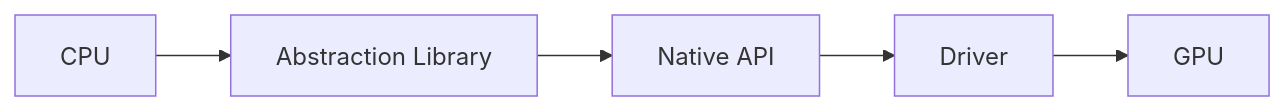
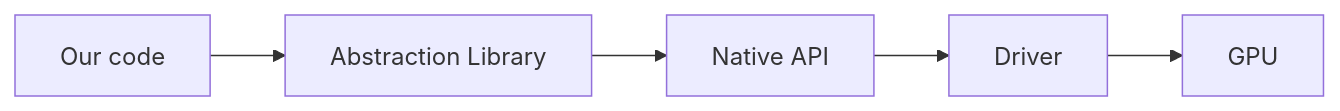
Before and after one commit to Bromles/wgpu-tutorial: the second of 4 diagrams in docs/index.md, drawn with Mermaid. The commit also changed other lines of this file, not shown here.

````diff
--- a/docs/index.md
+++ b/docs/index.md
@@ -39,4 +39,4 @@
 ```mermaid
 flowchart LR
-    CPU --> Abstraction["Abstraction Library"] --> Native["Native API"] --> Driver --> GPU
+  Code["Our code"] --> Abstraction["Abstraction Library"] --> Native["Native API"] --> Driver --> GPU
 ```
````
